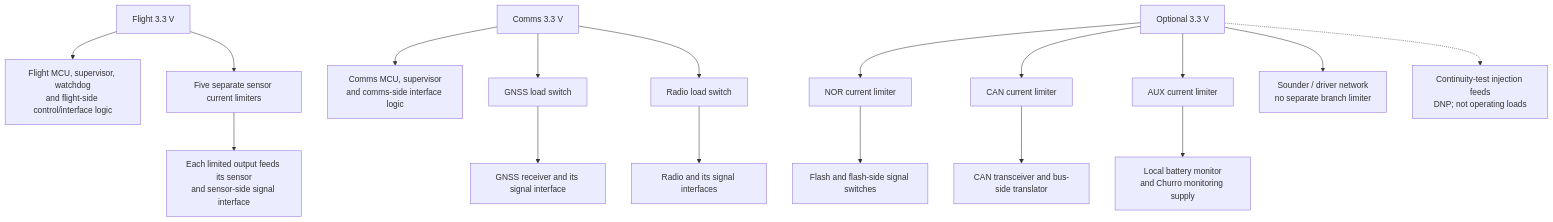
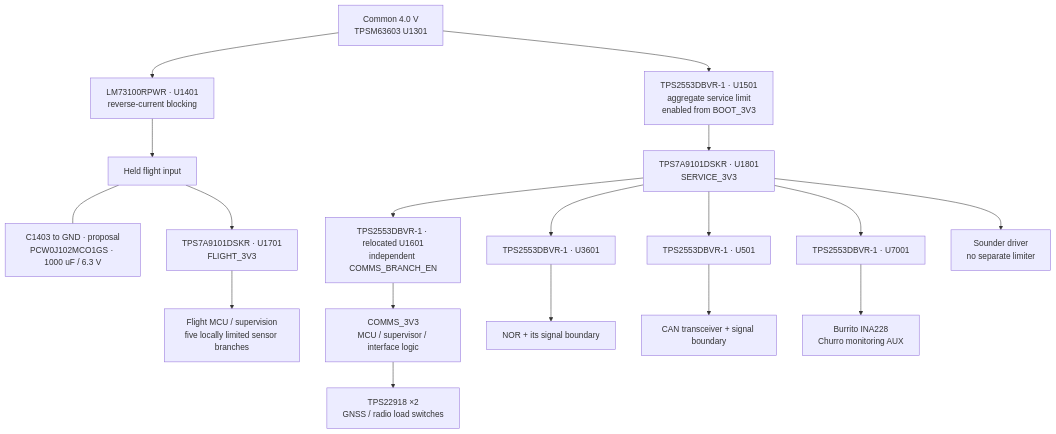
Before and after one commit to ULAS-HiPR/Ogma2: the second of 2 diagrams in docs/architecture/02-power.md, drawn with Mermaid. The commit also changed other lines of this file and 19 other files, not shown here.

Commit message:
Make architecture review concrete and link supporting justification

````diff
--- a/docs/architecture/02-power.md
+++ b/docs/architecture/02-power.md
@@ -90,19 +49,33 @@
 ```mermaid
-flowchart TD
-  F["Flight 3.3 V"] --> FM["Flight MCU, supervisor, watchdog<br/>and flight-side control/interface logic"]
-  F --> SL["Five separate sensor current limiters"]
-  SL --> SS["Each limited output feeds its sensor<br/>and sensor-side signal interface"]
-  C["Comms 3.3 V"] --> CM["Comms MCU, supervisor<br/>and comms-side interface logic"]
-  C --> GS["GNSS load switch"]
-  GS --> GN["GNSS receiver and its signal interface"]
-  C --> RS["Radio load switch"]
-  RS --> RA["Radio and its signal interfaces"]
-  O["Optional 3.3 V"] --> NL["NOR current limiter"]
-  NL --> NOR["Flash and flash-side signal switches"]
-  O --> CAL["CAN current limiter"]
-  CAL --> CAN["CAN transceiver and bus-side translator"]
-  O --> AL["AUX current limiter"]
-  AL --> AUX["Local battery monitor<br/>and Churro monitoring supply"]
-  O --> BZ["Sounder / driver network<br/>no separate branch limiter"]
-  O -.-> CO["Continuity-test injection feeds<br/>DNP; not operating loads"]
+flowchart TB
+  K["Common 4.0 V
+TPSM63603 U1301"] --> H["LM73100RPWR · U1401
+reverse-current blocking"]
+  H --> HI["Held flight input"]
+  HI --- CAP["C1403 to GND · proposal
+PCW0J102MCO1GS · 1000 uF / 6.3 V"]
+  HI --> F["TPS7A9101DSKR · U1701
+FLIGHT_3V3"]
+  F --> FM["Flight MCU / supervision
+five locally limited sensor branches"]
+  K --> AL["TPS2553DBVR-1 · U1501
+aggregate service limit
+enabled from BOOT_3V3"]
+  AL --> S["TPS7A9101DSKR · U1801
+SERVICE_3V3"]
+  S --> CL["TPS2553DBVR-1 · relocated U1601
+independent COMMS_BRANCH_EN"]
+  CL --> C["COMMS_3V3
+MCU / supervisor / interface logic"]
+  C --> SW["TPS22918 ×2
+GNSS / radio load switches"]
+  S --> NL["TPS2553DBVR-1 · U3601"]
+  NL --> N["NOR + its signal boundary"]
+  S --> CA["TPS2553DBVR-1 · U501"]
+  CA --> CN["CAN transceiver + signal boundary"]
+  S --> AU["TPS2553DBVR-1 · U7001"]
+  AU --> A["Burrito INA228
+Churro monitoring AUX"]
+  S --> Z["Sounder driver
+no separate limiter"]
 ```
````
